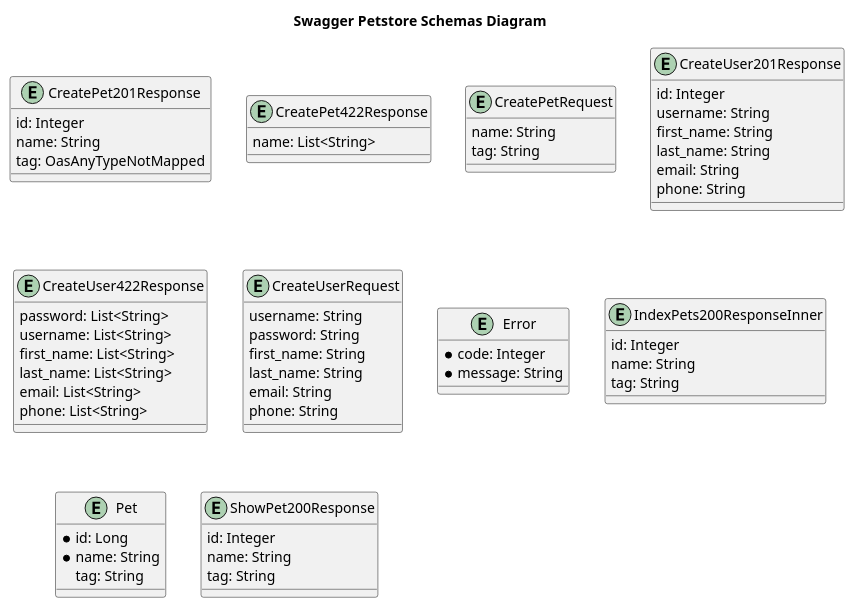
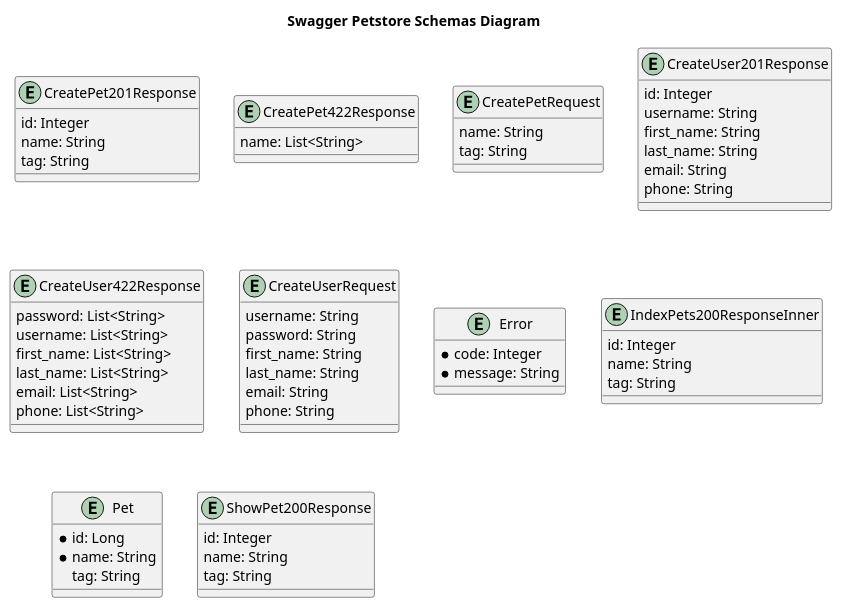
One commit to katoy/petstore-rails changed the diagram in dest/schemas.plantuml. Above: the diagram before and after it, drawn with PlantUML. The commit also changed 7 other files, not shown here.

```diff
--- a/dest/schemas.plantuml
+++ b/dest/schemas.plantuml
@@ -1,72 +1,72 @@
 @startuml
 
 title Swagger Petstore Schemas Diagram
 
 entity CreatePet201Response {
     id: Integer
     name: String
-    tag: OasAnyTypeNotMapped
+    tag: String
 }
 
 entity CreatePet422Response {
     name: List<String>
 }
 
 entity CreatePetRequest {
     name: String
     tag: String
 }
 
 entity CreateUser201Response {
     id: Integer
     username: String
     first_name: String
     last_name: String
     email: String
     phone: String
 }
 
 entity CreateUser422Response {
     password: List<String>
     username: List<String>
     first_name: List<String>
     last_name: List<String>
     email: List<String>
     phone: List<String>
 }
 
 entity CreateUserRequest {
     username: String
     password: String
     first_name: String
     last_name: String
     email: String
     phone: String
 }
 
 entity Error {
     * code: Integer
     * message: String
 }
 
 entity IndexPets200ResponseInner {
     id: Integer
     name: String
     tag: String
 }
 
 entity Pet {
     * id: Long
     * name: String
     tag: String
 }
 
 entity ShowPet200Response {
     id: Integer
     name: String
     tag: String
 }
 
 
 
 @enduml
```
